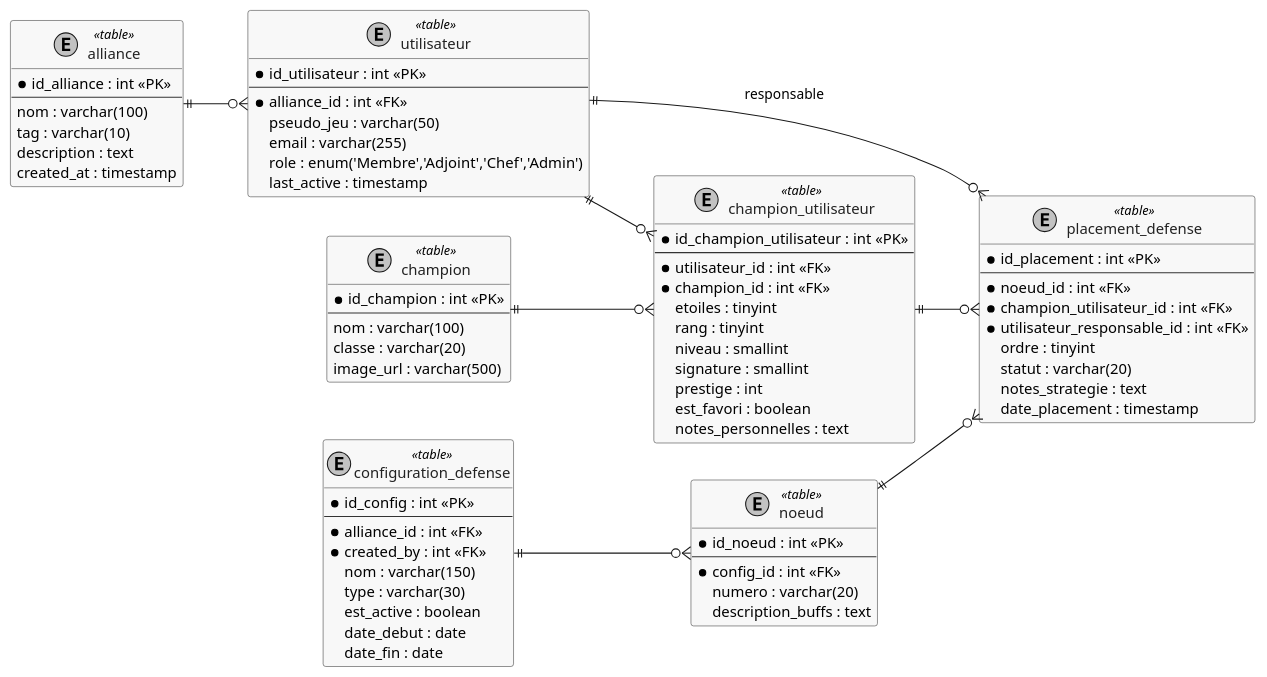
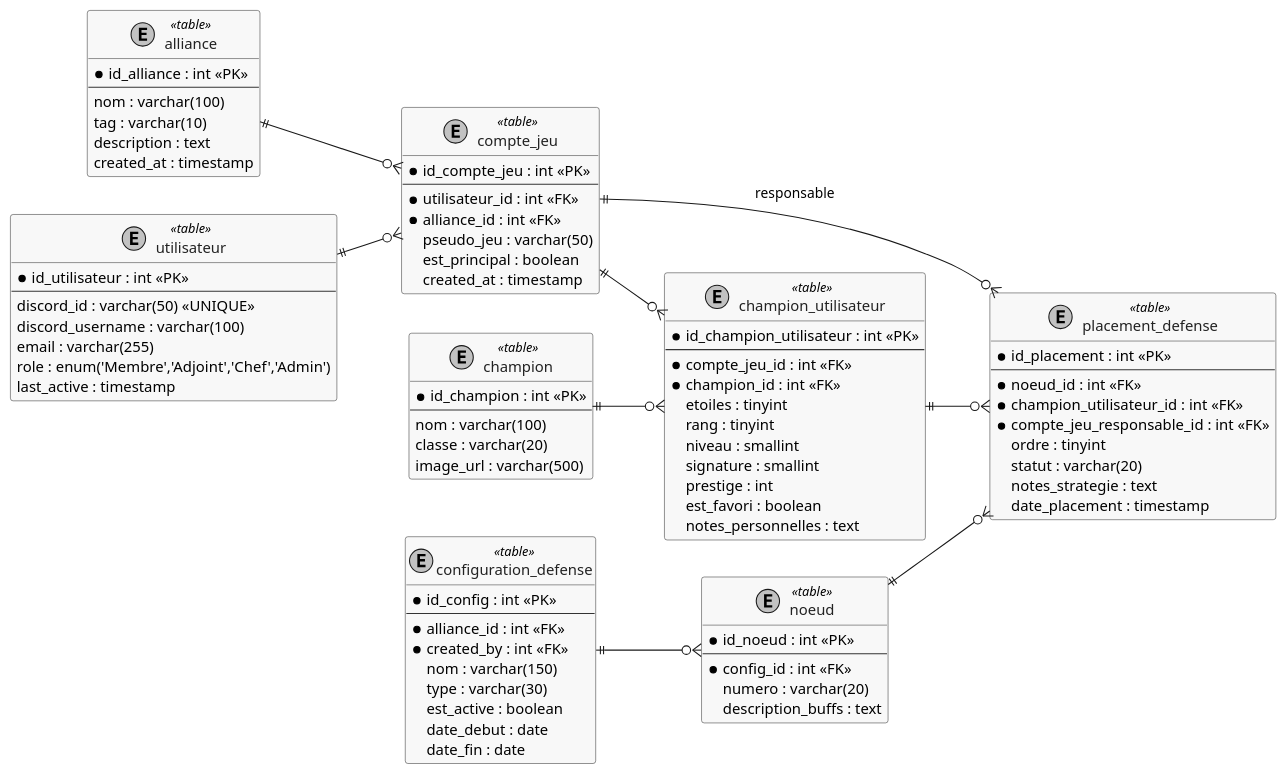
The diagram in api/docs/mld.puml (SNEAXIII/Mawster), drawn with PlantUML before and after one commit. The commit also changed 12 other files, not shown here.

```diff
--- a/api/docs/mld.puml
+++ b/api/docs/mld.puml
@@ -1,93 +1,104 @@
 @startuml MLD_MCOC
 left to right direction
 skinparam shadowing false
 skinparam monochrome true
 skinparam class {
     BackgroundColor #F8F8F8
     BorderColor #333333
     FontColor #222222
 }
 
 entity "alliance" as alliance <<table>> {
   * id_alliance : int <<PK>>
   --
   nom : varchar(100)
   tag : varchar(10)
   description : text
   created_at : timestamp
 }
 
 entity "utilisateur" as utilisateur <<table>> {
   * id_utilisateur : int <<PK>>
   --
-  * alliance_id : int <<FK>>
-  pseudo_jeu : varchar(50)
+  discord_id : varchar(50) <<UNIQUE>>
+  discord_username : varchar(100)
   email : varchar(255)
   role : enum('Membre','Adjoint','Chef','Admin')
   last_active : timestamp
+}
+
+entity "compte_jeu" as compte_jeu <<table>> {
+  * id_compte_jeu : int <<PK>>
+  --
+  * utilisateur_id : int <<FK>>
+  * alliance_id : int <<FK>>
+  pseudo_jeu : varchar(50)
+  est_principal : boolean
+  created_at : timestamp
 }
 
 entity "champion" as champion <<table>> {
   * id_champion : int <<PK>>
   --
   nom : varchar(100)
   classe : varchar(20)
   image_url : varchar(500)
 }
 
 entity "champion_utilisateur" as roster <<table>> {
   * id_champion_utilisateur : int <<PK>>
   --
-  * utilisateur_id : int <<FK>>
+  * compte_jeu_id : int <<FK>>
   * champion_id : int <<FK>>
   etoiles : tinyint
   rang : tinyint
   niveau : smallint
   signature : smallint
   prestige : int
   est_favori : boolean
   notes_personnelles : text
 }
 
 entity "configuration_defense" as config <<table>> {
   * id_config : int <<PK>>
   --
   * alliance_id : int <<FK>>
   * created_by : int <<FK>>
   nom : varchar(150)
   type : varchar(30)
   est_active : boolean
   date_debut : date
   date_fin : date
 }
 
 entity "noeud" as noeud <<table>> {
   * id_noeud : int <<PK>>
   --
   * config_id : int <<FK>>
   numero : varchar(20)
   description_buffs : text
 }
 
 entity "placement_defense" as placement <<table>> {
   * id_placement : int <<PK>>
   --
   * noeud_id : int <<FK>>
   * champion_utilisateur_id : int <<FK>>
-  * utilisateur_responsable_id : int <<FK>>
+  * compte_jeu_responsable_id : int <<FK>>
   ordre : tinyint
   statut : varchar(20)
   notes_strategie : text
   date_placement : timestamp
 }
 
 ' ==================== RELATIONS ====================
-alliance ||--o{ utilisateur
-utilisateur ||--o{ roster
+utilisateur ||--o{ compte_jeu
+alliance ||--o{ compte_jeu
+compte_jeu ||--o{ roster
 champion ||--o{ roster
 config ||--o{ noeud
 noeud ||--o{ placement
 roster ||--o{ placement
-utilisateur ||--o{ placement : "responsable"
+compte_jeu ||--o{ placement : "responsable"
 
 @enduml
```
